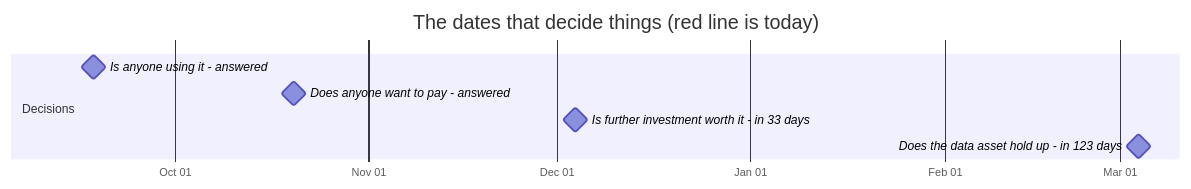
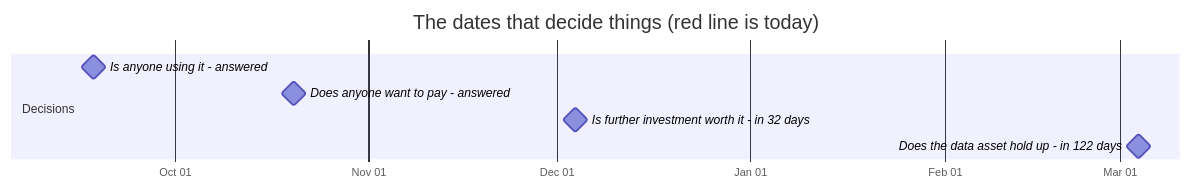
Before and after one commit to jakegu1/vetagent: the first of 2 diagrams in docs/OWNER.md, drawn with Mermaid. The commit also changed other lines of this file and 1 other file, not shown here.

````diff
--- a/docs/OWNER.md
+++ b/docs/OWNER.md
@@ -67,12 +67,12 @@
 ```mermaid
 gantt
     dateFormat YYYY-MM-DD
     axisFormat %b %d
     todayMarker stroke-width:3px,stroke:#d33,stroke-dasharray:0
     title The dates that decide things (red line is today)
     section Decisions
     Is anyone using it - answered :milestone, 2026-09-18, 0d
     Does anyone want to pay - answered :milestone, 2026-10-20, 0d
-    Is further investment worth it - in 33 days :milestone, 2026-12-04, 0d
-    Does the data asset hold up - in 123 days :milestone, 2027-03-04, 0d
+    Is further investment worth it - in 32 days :milestone, 2026-12-04, 0d
+    Does the data asset hold up - in 122 days :milestone, 2027-03-04, 0d
 ```
````
